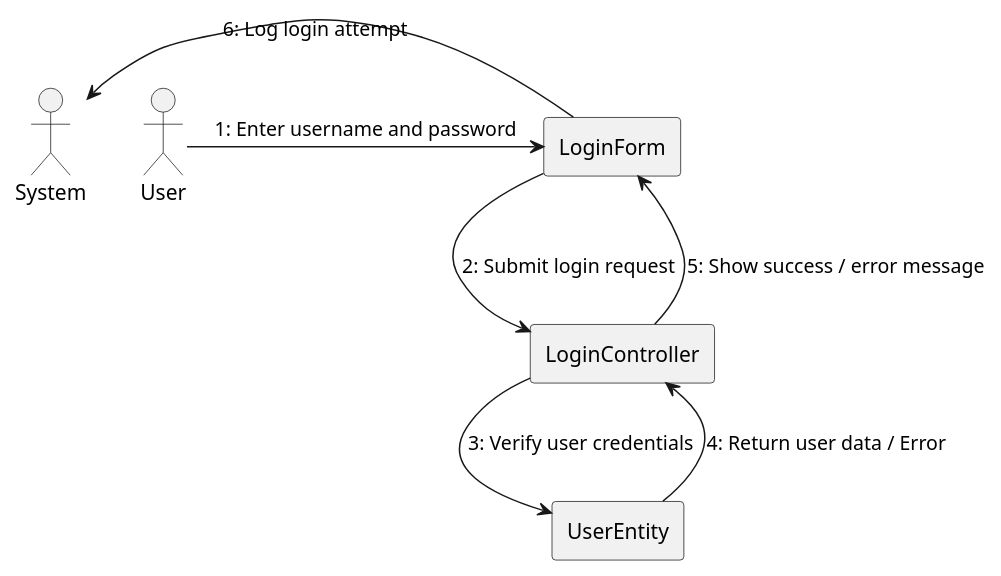
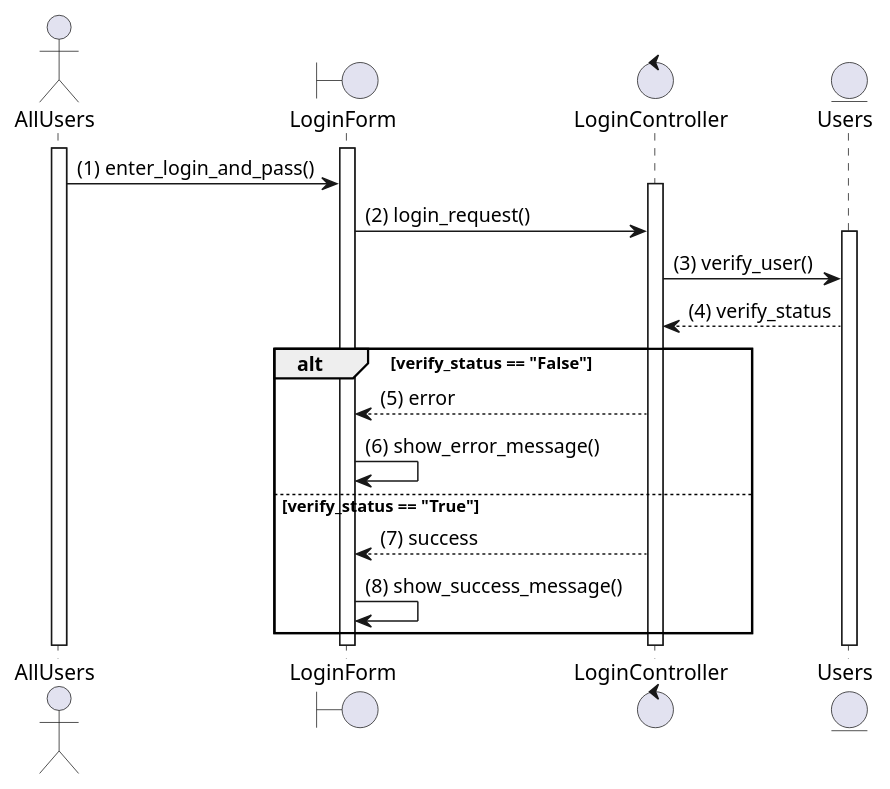
The diagram in laba_1-4/sequence/all_users/login.puml (UraharaKiska/umlk_diagram), drawn with PlantUML before and after one commit. The commit also changed 16 other files, not shown here.

```diff
--- a/laba_1-4/sequence/all_users/login.puml
+++ b/laba_1-4/sequence/all_users/login.puml
@@ -1,20 +1,31 @@
 @startuml
-'left to right direction
-together {
-actor "User" as user
-actor "System" as sys
-}
-together {
-rectangle "LoginForm" as loginForm
-rectangle "LoginController" as loginController
-rectangle "UserEntity" as userEntity
-}
 
-user -right-> loginForm : 1: Enter username and password
-loginForm -right-> loginController : 2: Submit login request
-loginController -right-> userEntity : 3: Verify user credentials
-userEntity --> loginController : 4: Return user data / Error
-loginController -down-> loginForm : 5: Show success / error message
-loginForm -right-> sys : 6: Log login attempt
+actor AllUsers
+boundary LoginForm
+control LoginController
+entity Users
+
+activate AllUsers
+
+activate LoginForm
+AllUsers -> LoginForm : (1) enter_login_and_pass()
+
+activate LoginController
+LoginForm -> LoginController : (2) login_request()
+
+activate Users
+LoginController -> Users : (3) verify_user()
+LoginController <-- Users : (4) verify_status
+
+alt verify_status == "False"
+    LoginController --> LoginForm : (5) error
+    LoginForm -> LoginForm : (6) show_error_message()
+else verify_status == "True"
+    LoginController --> LoginForm : (7) success
+    LoginForm -> LoginForm : (8) show_success_message()
+end
+
+
+
 
 @enduml
```
